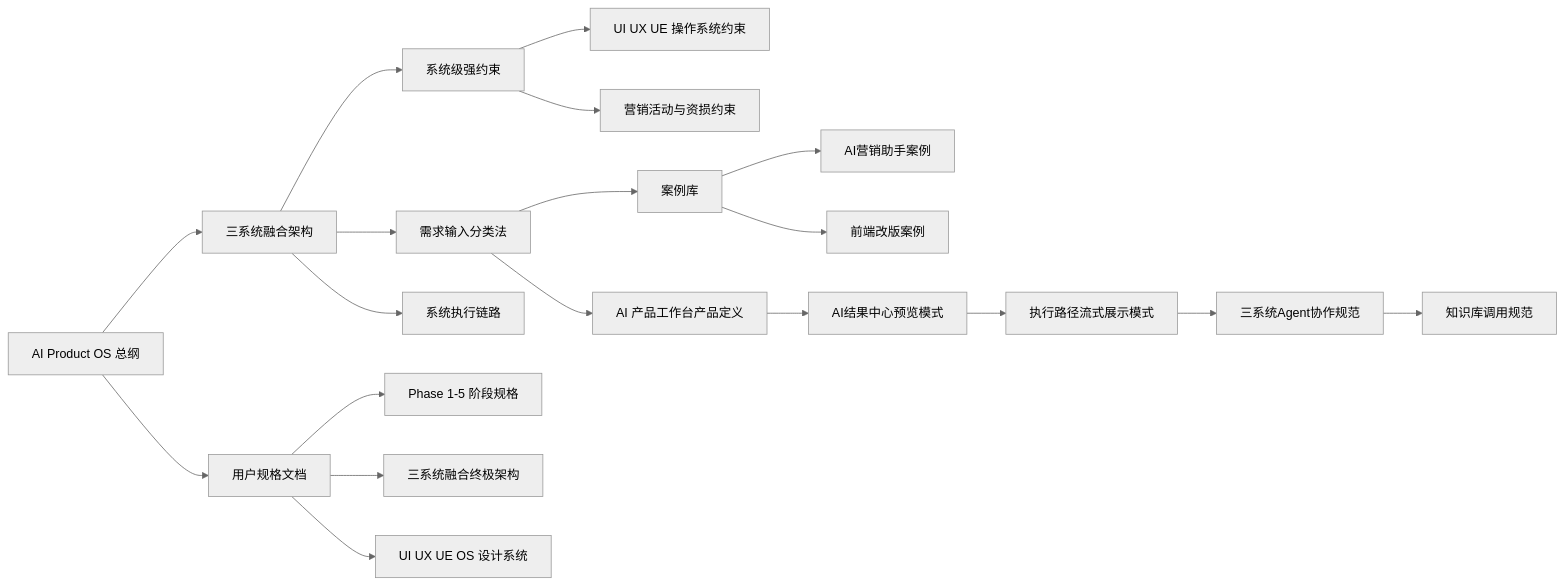
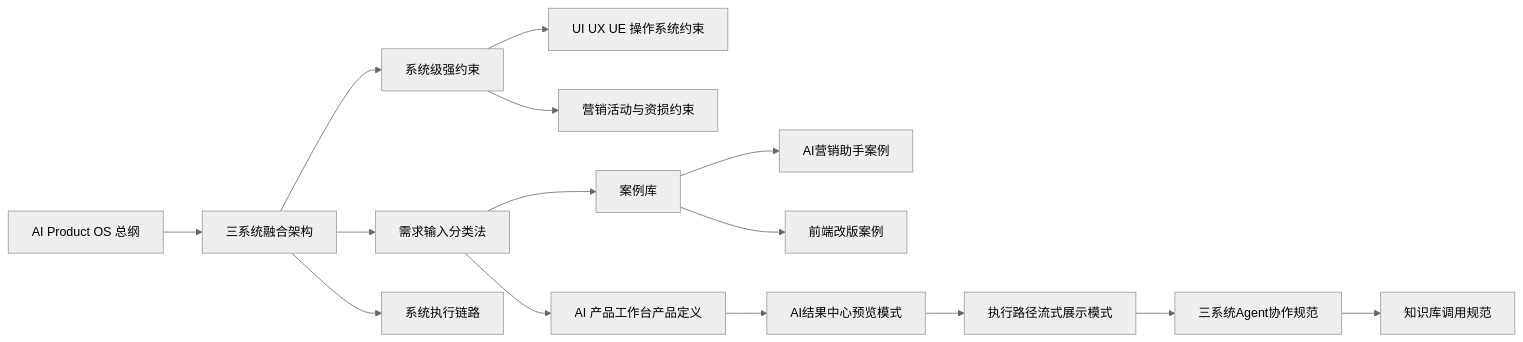
One commit to harrylee-bot/ai-product-workbench changed the diagram in knowledge-vault/00-系统说明/AI Product OS 知识图谱.md. Above: the diagram before and after it, drawn with Mermaid (neutral theme). The commit also changed other lines of this file and 15 other files, not shown here.

````diff
--- a/knowledge-vault/00-系统说明/AI Product OS 知识图谱.md
+++ b/knowledge-vault/00-系统说明/AI Product OS 知识图谱.md
@@ -20,21 +20,17 @@
 ```mermaid
 graph LR
     OS[AI Product OS 总纲] --> Fusion[三系统融合架构]
     Fusion --> Constraint[系统级强约束]
     Fusion --> Decision[需求输入分类法]
     Fusion --> Evolution[系统执行链路]
     Constraint --> UI[UI UX UE 操作系统约束]
     Constraint --> Risk[营销活动与资损约束]
     Decision --> Product[AI 产品工作台产品定义]
     Decision --> Cases[案例库]
     Cases --> AICase[AI营销助手案例]
     Cases --> FrontCase[前端改版案例]
     Product --> Preview[AI结果中心预览模式]
     Preview --> Stream[执行路径流式展示模式]
     Stream --> Agent[三系统Agent协作规范]
     Agent --> KnowledgeCall[知识库调用规范]
-    OS --> Spec[用户规格文档]
-    Spec --> Phase[Phase 1-5 阶段规格]
-    Spec --> FusionSpec[三系统融合终极架构]
-    Spec --> UISpec[UI UX UE OS 设计系统]
 ```
````
